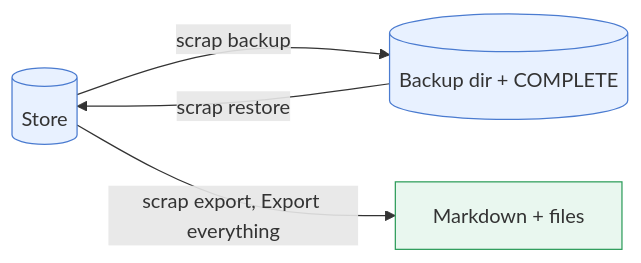
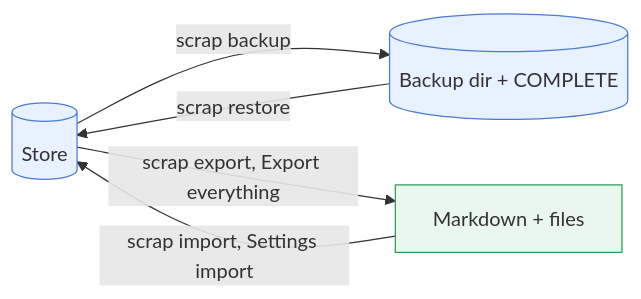
One commit to gilesknap/scrap changed the fourth of 4 diagrams in docs/explanations/architecture/capture-and-files.md. Above: the diagram before and after it, drawn with Mermaid. The commit also changed other lines of this file and 15 other files, not shown here.

First line of the commit message:
docs: reference and architecture match the code and the Litestream layout

````diff
--- a/docs/explanations/architecture/capture-and-files.md
+++ b/docs/explanations/architecture/capture-and-files.md
@@ -174,8 +174,9 @@
 ```mermaid
 flowchart LR
     s[("Store")]:::store -- "scrap backup" --> b[("Backup dir + COMPLETE")]:::store
     b -- "scrap restore" --> s
     s -- "scrap export, Export everything" --> x["Markdown + files"]:::user
+    x -- "scrap import, Settings import" --> s
     classDef store fill:#e8f1ff,stroke:#4a7bd0
     classDef user fill:#e9f7ef,stroke:#2e9d5b
 ```
````
